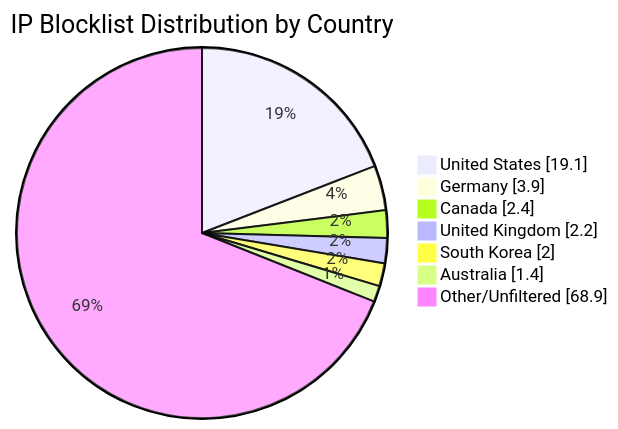
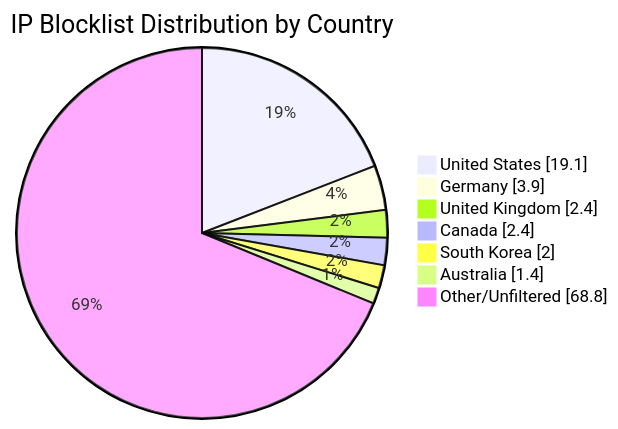
The diagram in README.md (MarcusHoltz/ipblocklist-geofiltered-aggregator), drawn with Mermaid before and after one commit. The commit also changed other lines of this file and 9 other files, not shown here.

````diff
--- a/README.md
+++ b/README.md
@@ -34,10 +34,10 @@
 ```mermaid
 pie showData title IP Blocklist Distribution by Country
 "United States" : 19.1
 "Germany" : 3.9
+"United Kingdom" : 2.4
 "Canada" : 2.4
-"United Kingdom" : 2.2
 "South Korea" : 2.0
 "Australia" : 1.4
-"Other/Unfiltered" : 68.9
+"Other/Unfiltered" : 68.8
 ```
````
